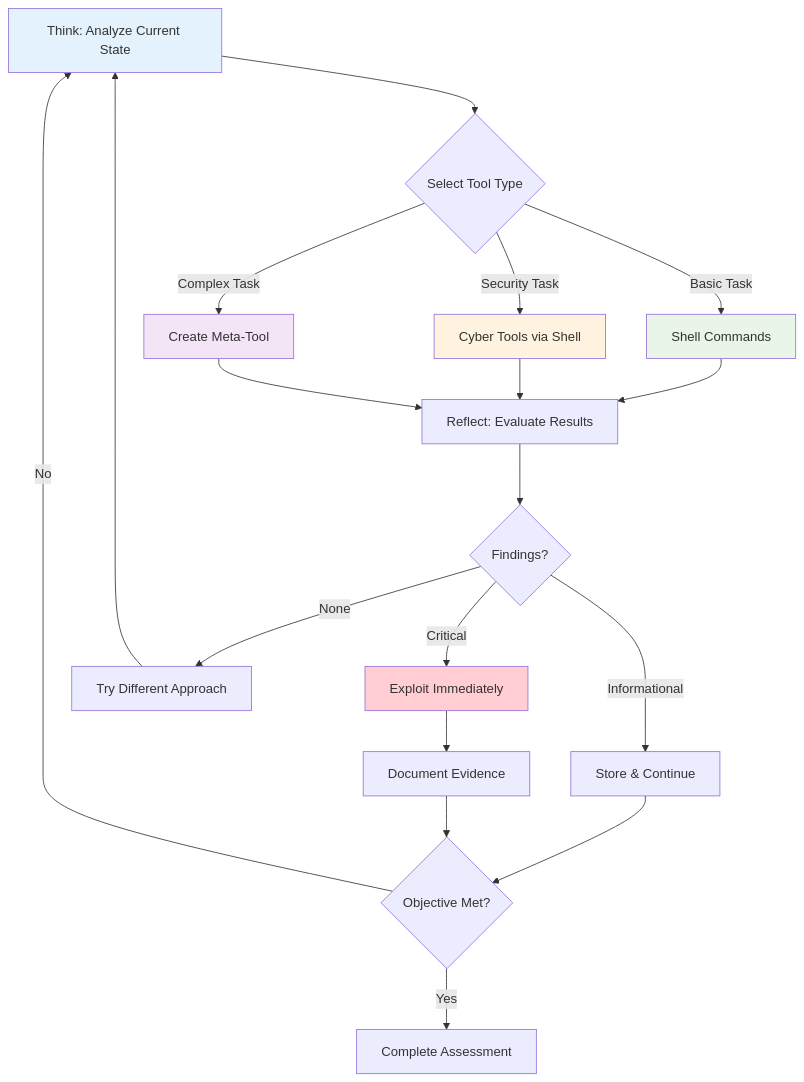
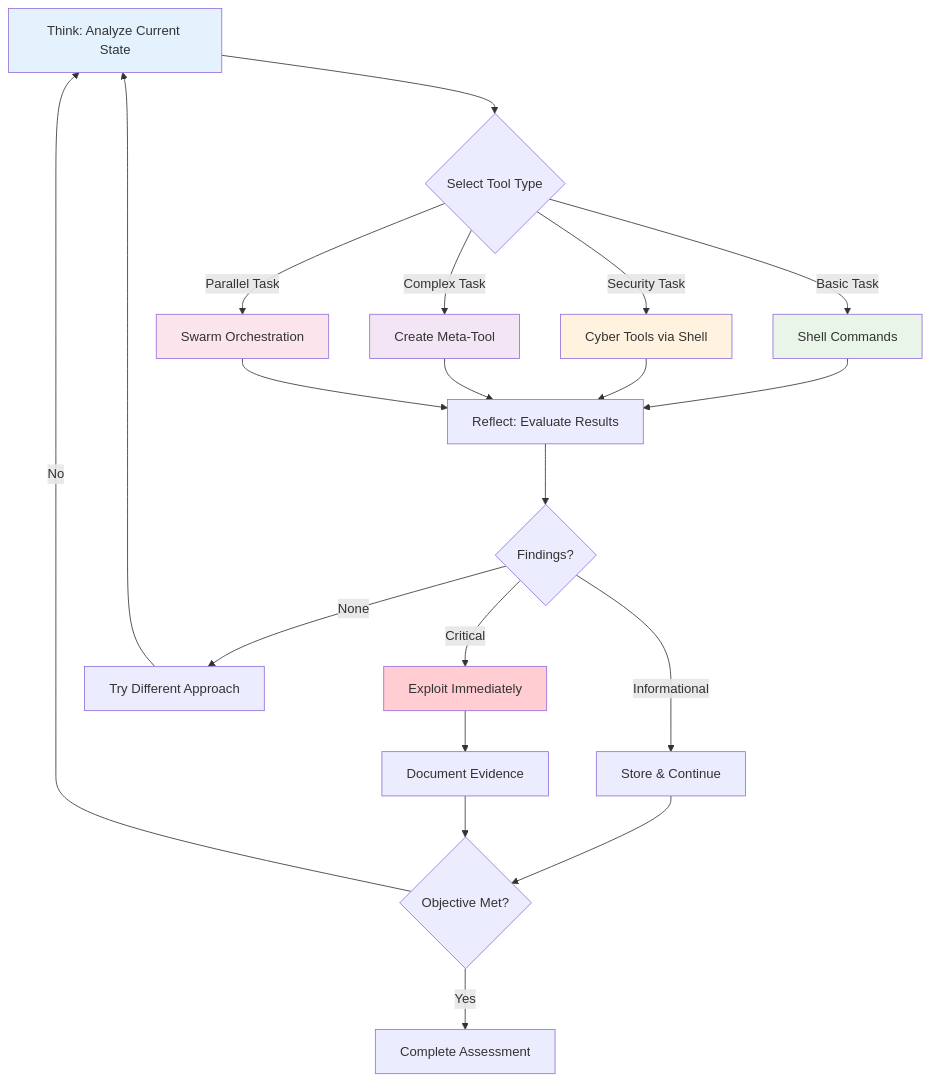
Before and after one commit to westonbrown/Cyber-AutoAgent: the third of 3 diagrams in README.md, drawn with Mermaid. The commit also changed other lines of this file and 1 other file, not shown here.

````diff
--- a/README.md
+++ b/README.md
@@ -122,32 +123,35 @@
 ```mermaid
 flowchart TD
     A[Think: Analyze Current State] --> B{Select Tool Type}
     
     B --> |Basic Task| C[Shell Commands]
     B --> |Security Task| D[Cyber Tools via Shell]
     B --> |Complex Task| E[Create Meta-Tool]
+    B --> |Parallel Task| P[Swarm Orchestration]
     
     C --> F[Reflect: Evaluate Results]
     D --> F
     E --> F
+    P --> F
     
     F --> G{Findings?}
     
     G --> |Critical| H[Exploit Immediately]
     G --> |Informational| I[Store & Continue]
     G --> |None| J[Try Different Approach]
     
     H --> K[Document Evidence]
     I --> L{Objective Met?}
     J --> A
     K --> L
     
     L --> |Yes| M[Complete Assessment]
     L --> |No| A
     
     style A fill:#e3f2fd
     style C fill:#e8f5e8
     style D fill:#fff3e0
     style E fill:#f3e5f5
+    style P fill:#fce4ec
     style H fill:#ffcdd2
 ```
````
